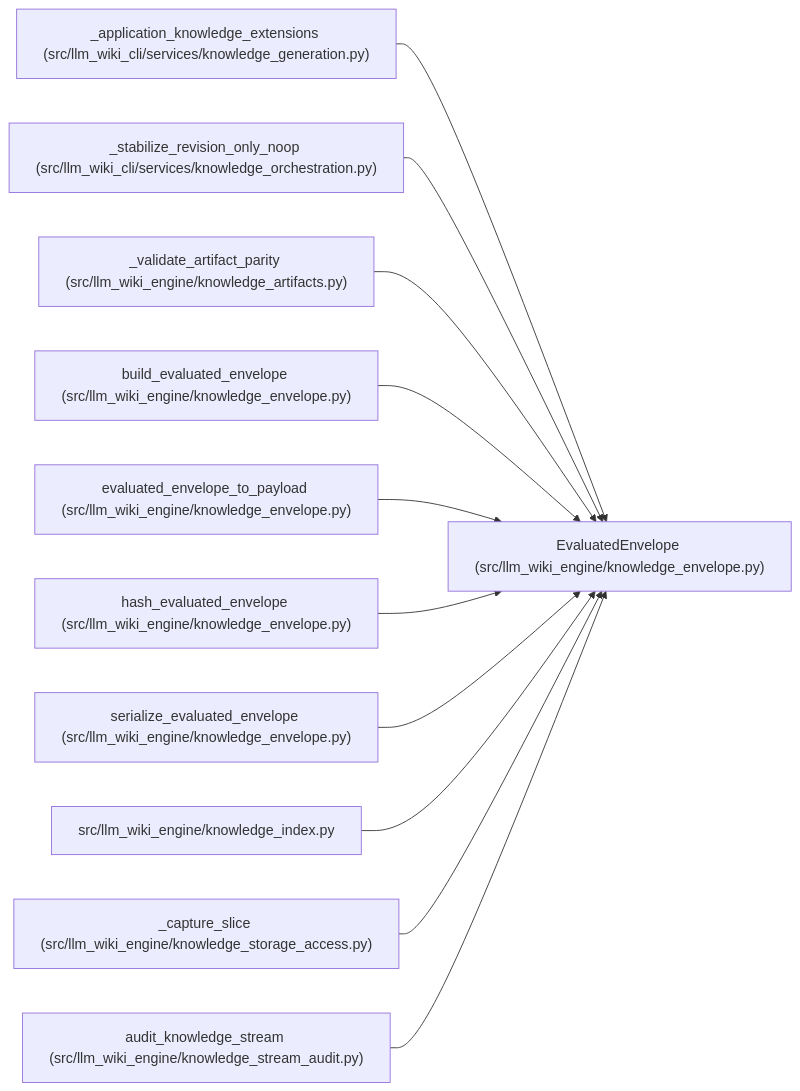
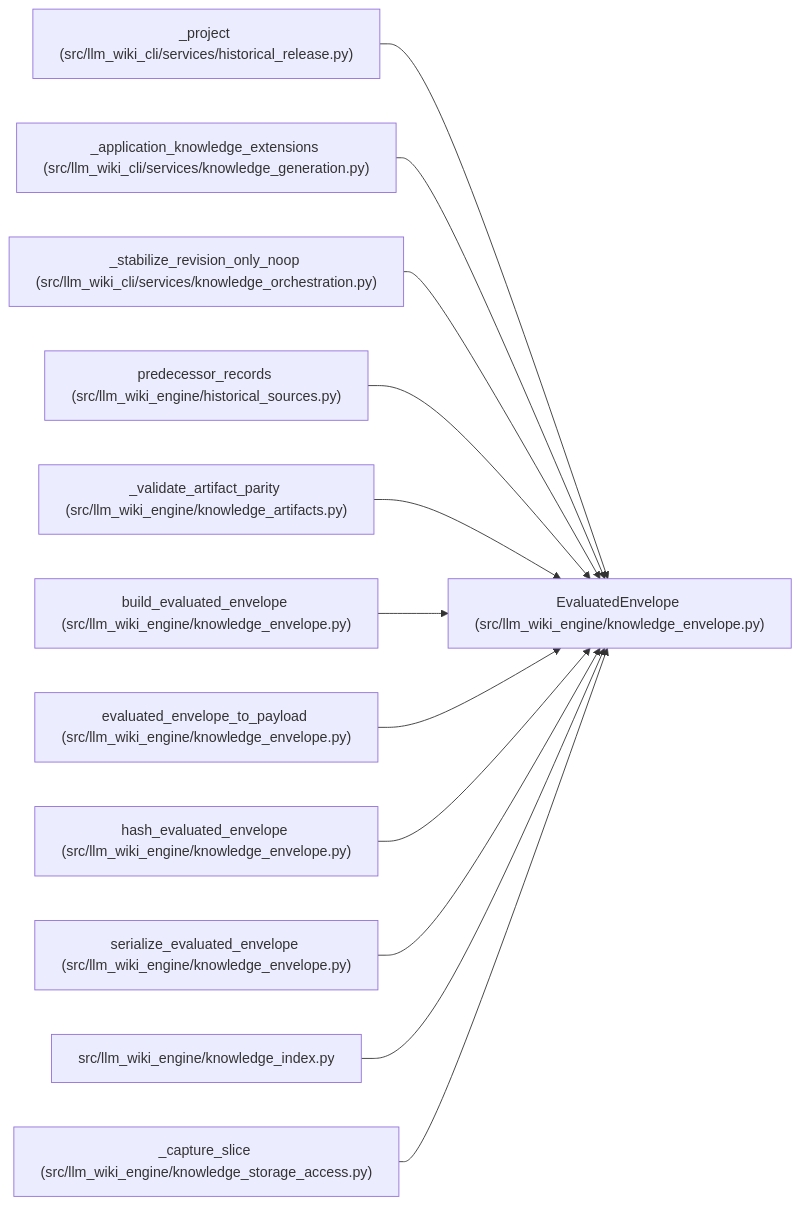
One commit to Denissvgn/python-wiki-llm changed the diagram in docs/llm_wiki/entities/EvaluatedEnvelope.md. Above: the diagram before and after it, drawn with Mermaid. The commit also changed other lines of this file and 699 other files, not shown here.

````diff
--- a/docs/llm_wiki/entities/EvaluatedEnvelope.md
+++ b/docs/llm_wiki/entities/EvaluatedEnvelope.md
@@ -33,35 +33,38 @@
 ```mermaid
 flowchart LR
     n0["EvaluatedEnvelope (src/llm_wiki_engine/knowledge_envelope.py)"]
-    n1["_application_knowledge_extensions (src/llm_wiki_cli/services/knowledge_generation.py)"]
-    n2["_stabilize_revision_only_noop (src/llm_wiki_cli/services/knowledge_orchestration.py)"]
-    n3["_validate_artifact_parity (src/llm_wiki_engine/knowledge_artifacts.py)"]
-    n4["build_evaluated_envelope (src/llm_wiki_engine/knowledge_envelope.py)"]
-    n5["evaluated_envelope_to_payload (src/llm_wiki_engine/knowledge_envelope.py)"]
-    n6["hash_evaluated_envelope (src/llm_wiki_engine/knowledge_envelope.py)"]
-    n7["serialize_evaluated_envelope (src/llm_wiki_engine/knowledge_envelope.py)"]
-    n8["src/llm_wiki_engine/knowledge_index.py"]
-    n9["_capture_slice (src/llm_wiki_engine/knowledge_storage_access.py)"]
-    n10["audit_knowledge_stream (src/llm_wiki_engine/knowledge_stream_audit.py)"]
+    n1["_project (src/llm_wiki_cli/services/historical_release.py)"]
+    n2["_application_knowledge_extensions (src/llm_wiki_cli/services/knowledge_generation.py)"]
+    n3["_stabilize_revision_only_noop (src/llm_wiki_cli/services/knowledge_orchestration.py)"]
+    n4["predecessor_records (src/llm_wiki_engine/historical_sources.py)"]
+    n5["_validate_artifact_parity (src/llm_wiki_engine/knowledge_artifacts.py)"]
+    n6["build_evaluated_envelope (src/llm_wiki_engine/knowledge_envelope.py)"]
+    n7["evaluated_envelope_to_payload (src/llm_wiki_engine/knowledge_envelope.py)"]
+    n8["hash_evaluated_envelope (src/llm_wiki_engine/knowledge_envelope.py)"]
+    n9["serialize_evaluated_envelope (src/llm_wiki_engine/knowledge_envelope.py)"]
+    n10["src/llm_wiki_engine/knowledge_index.py"]
+    n11["_capture_slice (src/llm_wiki_engine/knowledge_storage_access.py)"]
     n1 --> n0
     n2 --> n0
     n3 --> n0
     n4 --> n0
     n5 --> n0
     n6 --> n0
     n7 --> n0
     n8 --> n0
     n9 --> n0
     n10 --> n0
+    n11 --> n0
     click n0 "../modules/knowledge_envelope.md"
-    click n1 "../modules/knowledge_generation.md"
-    click n2 "../modules/knowledge_orchestration.md"
-    click n3 "../modules/knowledge_artifacts.md"
-    click n4 "../modules/knowledge_envelope.md"
-    click n5 "../modules/knowledge_envelope.md"
+    click n1 "../modules/historical_release.md"
+    click n2 "../modules/knowledge_generation.md"
+    click n3 "../modules/knowledge_orchestration.md"
+    click n4 "../modules/historical_sources.md"
+    click n5 "../modules/knowledge_artifacts.md"
     click n6 "../modules/knowledge_envelope.md"
     click n7 "../modules/knowledge_envelope.md"
-    click n8 "../modules/knowledge_index.md"
-    click n9 "../modules/knowledge_storage_access.md"
-    click n10 "../modules/knowledge_stream_audit.md"
+    click n8 "../modules/knowledge_envelope.md"
+    click n9 "../modules/knowledge_envelope.md"
+    click n10 "../modules/knowledge_index.md"
+    click n11 "../modules/knowledge_storage_access.md"
 ```
````
